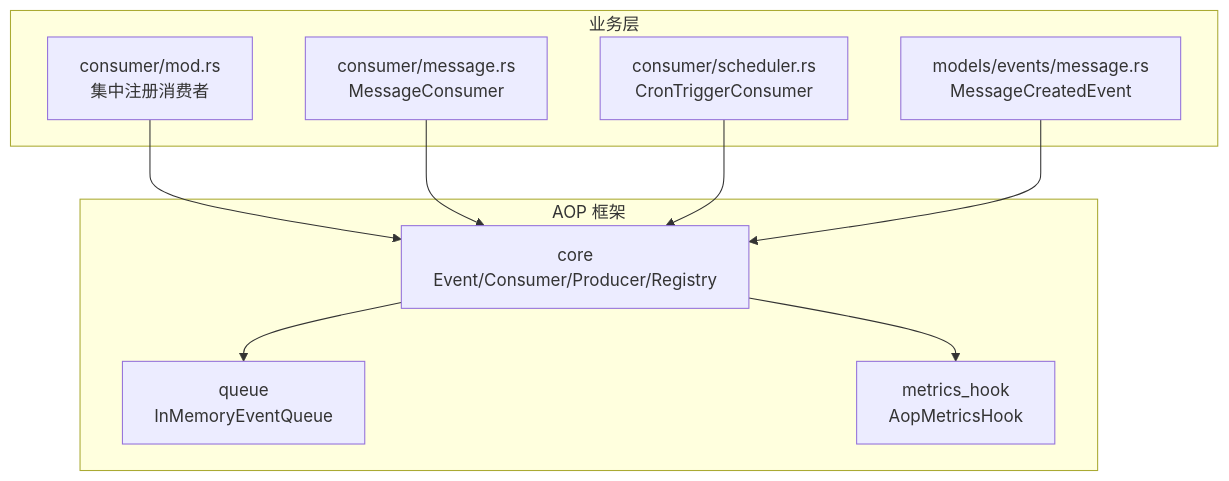
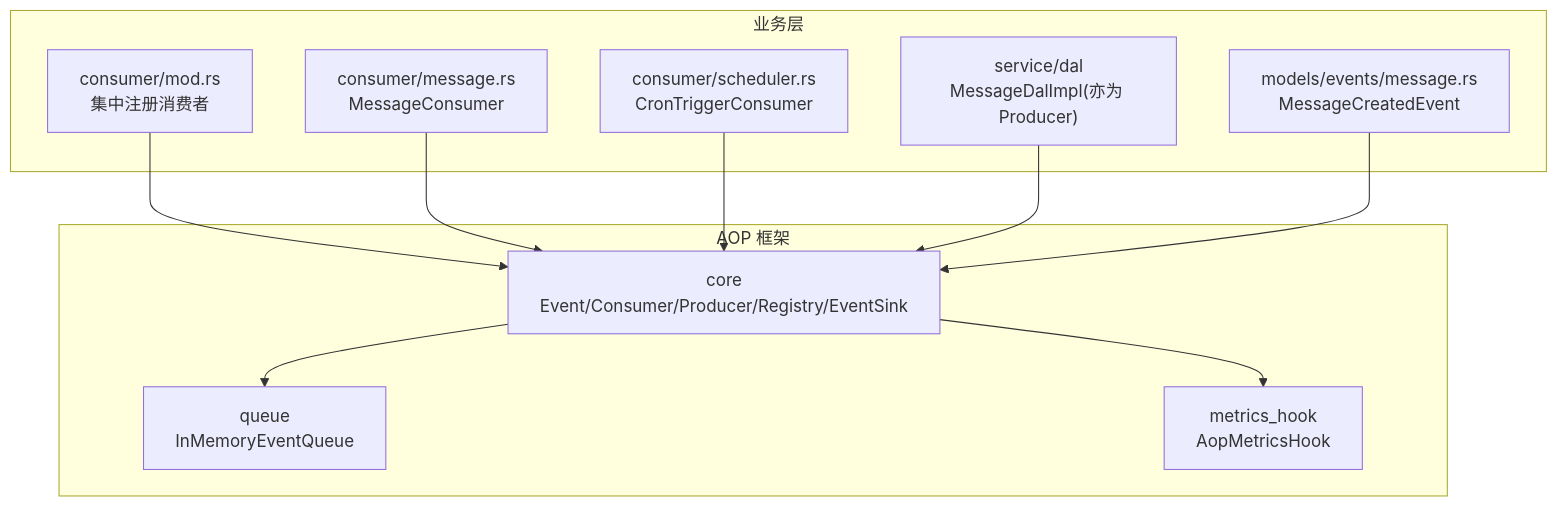
One commit to runningcoders/ai_orz changed the first of 7 diagrams in docs/wiki/zh/content/核心模块/AOP 事件系统/核心概念与架构.md. Above: the diagram before and after it, drawn with Mermaid. The commit also changed other lines of this file and 37 other files, not shown here.

````diff
--- a/docs/wiki/zh/content/核心模块/AOP 事件系统/核心概念与架构.md
+++ b/docs/wiki/zh/content/核心模块/AOP 事件系统/核心概念与架构.md
@@ -68,20 +72,22 @@
 ```mermaid
 graph TB
 subgraph "AOP 框架"
-CORE["core<br/>Event/Consumer/Producer/Registry"]
+CORE["core<br/>Event/Consumer/Producer/Registry/EventSink"]
 QUEUE["queue<br/>InMemoryEventQueue"]
 METRICS["metrics_hook<br/>AopMetricsHook"]
 end
 subgraph "业务层"
 CONSUMER_MOD["consumer/mod.rs<br/>集中注册消费者"]
 MSG_CONSUMER["consumer/message.rs<br/>MessageConsumer"]
 SCHED_CONSUMER["consumer/scheduler.rs<br/>CronTriggerConsumer"]
+DAL["service/dal<br/>MessageDalImpl(亦为 Producer)"]
 EVENTS["models/events/message.rs<br/>MessageCreatedEvent"]
 end
 CORE --> QUEUE
 CORE --> METRICS
 CONSUMER_MOD --> CORE
 MSG_CONSUMER --> CORE
 SCHED_CONSUMER --> CORE
+DAL --> CORE
 EVENTS --> CORE
 ```
````
